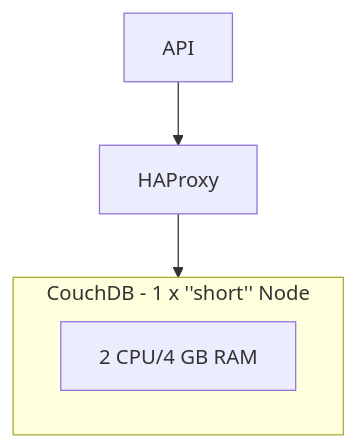
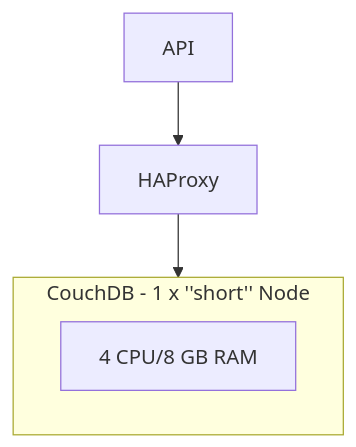
One commit to medic/cht-docs changed the first of 3 diagrams in content/en/hosting/vertical-vs-horizontal.md. Above: the diagram before and after it, drawn with Mermaid. The commit also changed other lines of this file and 6 other files, not shown here.

````diff
--- a/content/en/hosting/vertical-vs-horizontal.md
+++ b/content/en/hosting/vertical-vs-horizontal.md
@@ -28,9 +28,9 @@
 ```mermaid
 flowchart TD
 
 subgraph couch1[" CouchDB - 1 x ''short'' Node "]
-    couchInner1["2 CPU/4 GB RAM"]
+    couchInner1["4 CPU/8 GB RAM"]
 end
 
 API["API"] --> HAProxy -->  couch1
 ```
````
